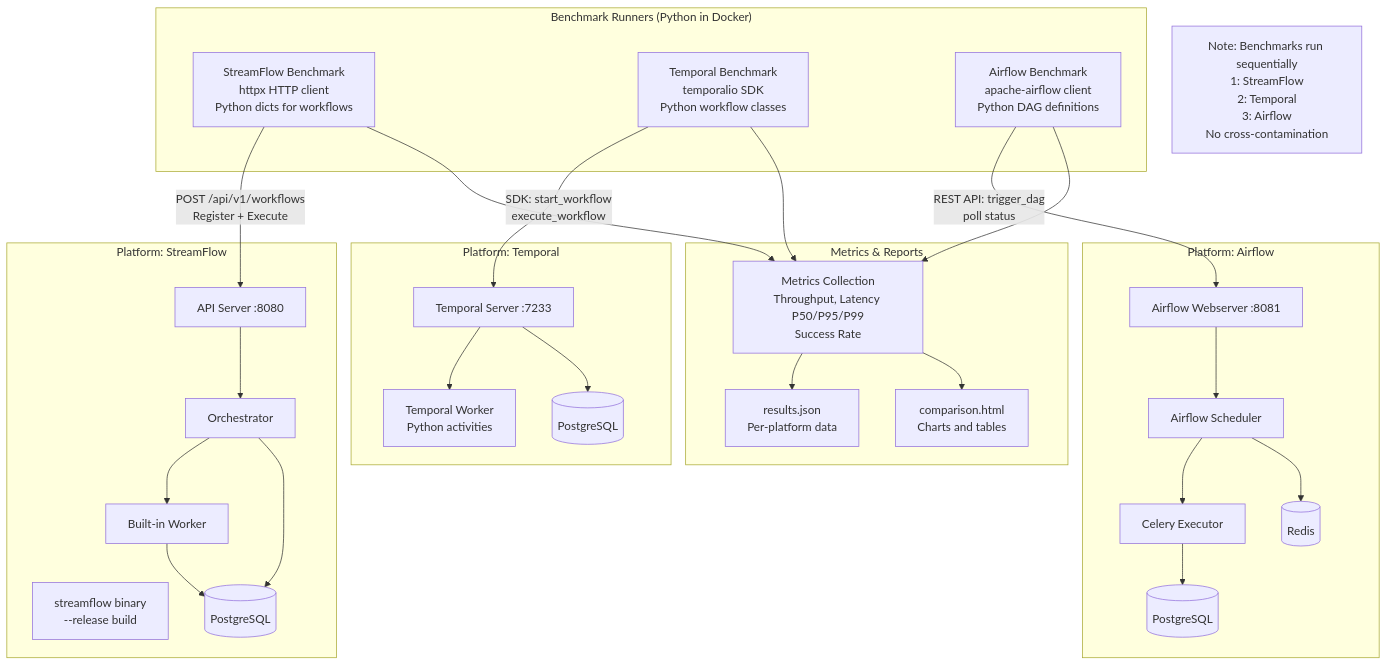
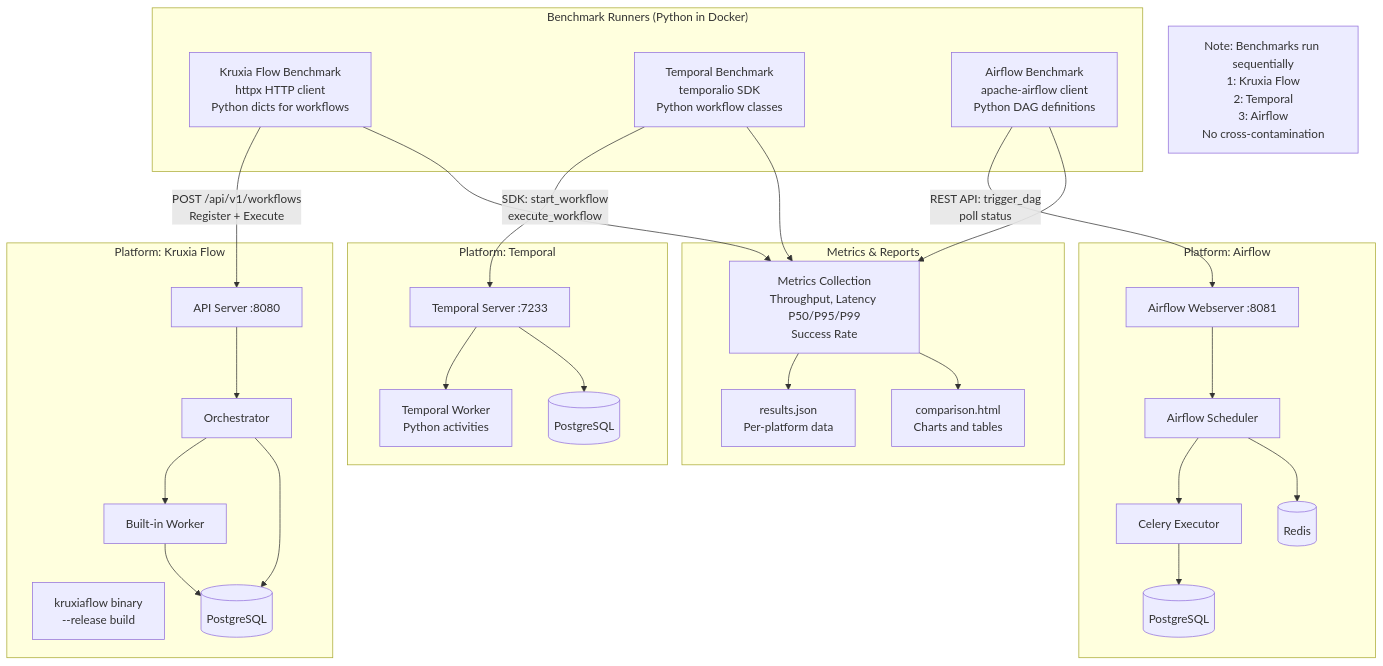
The diagram in docs/implementation/US-2.2-competitor-comparison-benchmarks.md (kruxia/kruxiaflow), drawn with Mermaid before and after one commit. The commit also changed other lines of this file and 239 other files, not shown here.

Commit message:
Rename StreamFlow => Kruxia Flow

````diff
--- a/docs/implementation/US-2.2-competitor-comparison-benchmarks.md
+++ b/docs/implementation/US-2.2-competitor-comparison-benchmarks.md
@@ -111,60 +111,60 @@
 ```mermaid
 flowchart TB
     subgraph "Benchmark Runners (Python in Docker)"
-        SF_Bench[StreamFlow Benchmark<br/>httpx HTTP client<br/>Python dicts for workflows]
+        SF_Bench[Kruxia Flow Benchmark<br/>httpx HTTP client<br/>Python dicts for workflows]
         Temp_Bench[Temporal Benchmark<br/>temporalio SDK<br/>Python workflow classes]
         AF_Bench[Airflow Benchmark<br/>apache-airflow client<br/>Python DAG definitions]
     end
 
-    subgraph "Platform: StreamFlow"
-        SF_Binary[streamflow binary<br/>--release build]
+    subgraph "Platform: Kruxia Flow"
+        SF_Binary[kruxiaflow binary<br/>--release build]
         SF_API[API Server :8080]
         SF_Orch[Orchestrator]
         SF_Worker[Built-in Worker]
         SF_DB[(PostgreSQL)]
     end
 
     subgraph "Platform: Temporal"
         Temp_Server[Temporal Server :7233]
         Temp_Worker[Temporal Worker<br/>Python activities]
         Temp_DB[(PostgreSQL)]
     end
 
     subgraph "Platform: Airflow"
         AF_Web[Airflow Webserver :8081]
         AF_Scheduler[Airflow Scheduler]
         AF_Executor[Celery Executor]
         AF_DB[(PostgreSQL)]
         AF_Redis[(Redis)]
     end
 
     subgraph "Metrics & Reports"
         Metrics[Metrics Collection<br/>Throughput, Latency P50/P95/P99<br/>Success Rate]
         JSON[results.json<br/>Per-platform data]
         HTML[comparison.html<br/>Charts and tables]
     end
 
     SF_Bench -->|POST /api/v1/workflows<br/>Register + Execute| SF_API
     SF_API --> SF_Orch
     SF_Orch --> SF_Worker
     SF_Orch --> SF_DB
     SF_Worker --> SF_DB
 
     Temp_Bench -->|SDK: start_workflow<br/>execute_workflow| Temp_Server
     Temp_Server --> Temp_Worker
     Temp_Server --> Temp_DB
 
     AF_Bench -->|REST API: trigger_dag<br/>poll status| AF_Web
     AF_Web --> AF_Scheduler
     AF_Scheduler --> AF_Executor
     AF_Executor --> AF_DB
     AF_Scheduler --> AF_Redis
 
     SF_Bench --> Metrics
     Temp_Bench --> Metrics
     AF_Bench --> Metrics
     Metrics --> JSON
     Metrics --> HTML
 
-    note1[Note: Benchmarks run sequentially<br/>1: StreamFlow<br/>2: Temporal<br/>3: Airflow<br/>No cross-contamination]
+    note1[Note: Benchmarks run sequentially<br/>1: Kruxia Flow<br/>2: Temporal<br/>3: Airflow<br/>No cross-contamination]
 ```
````
